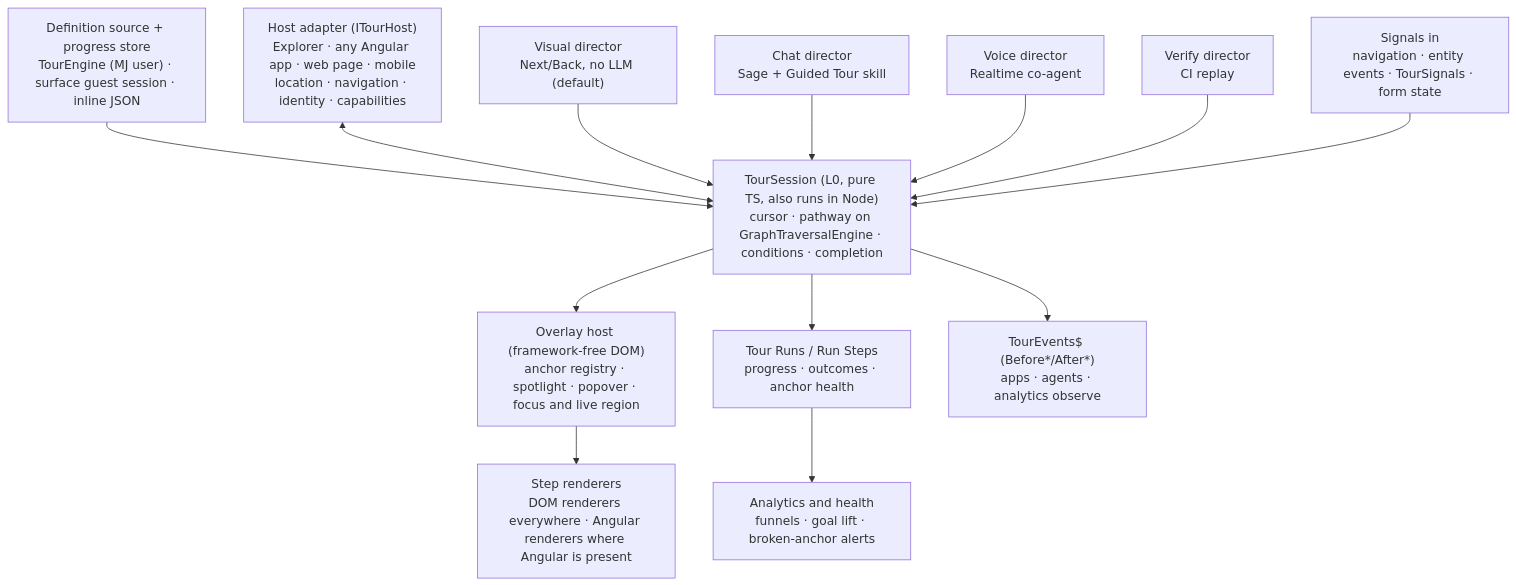
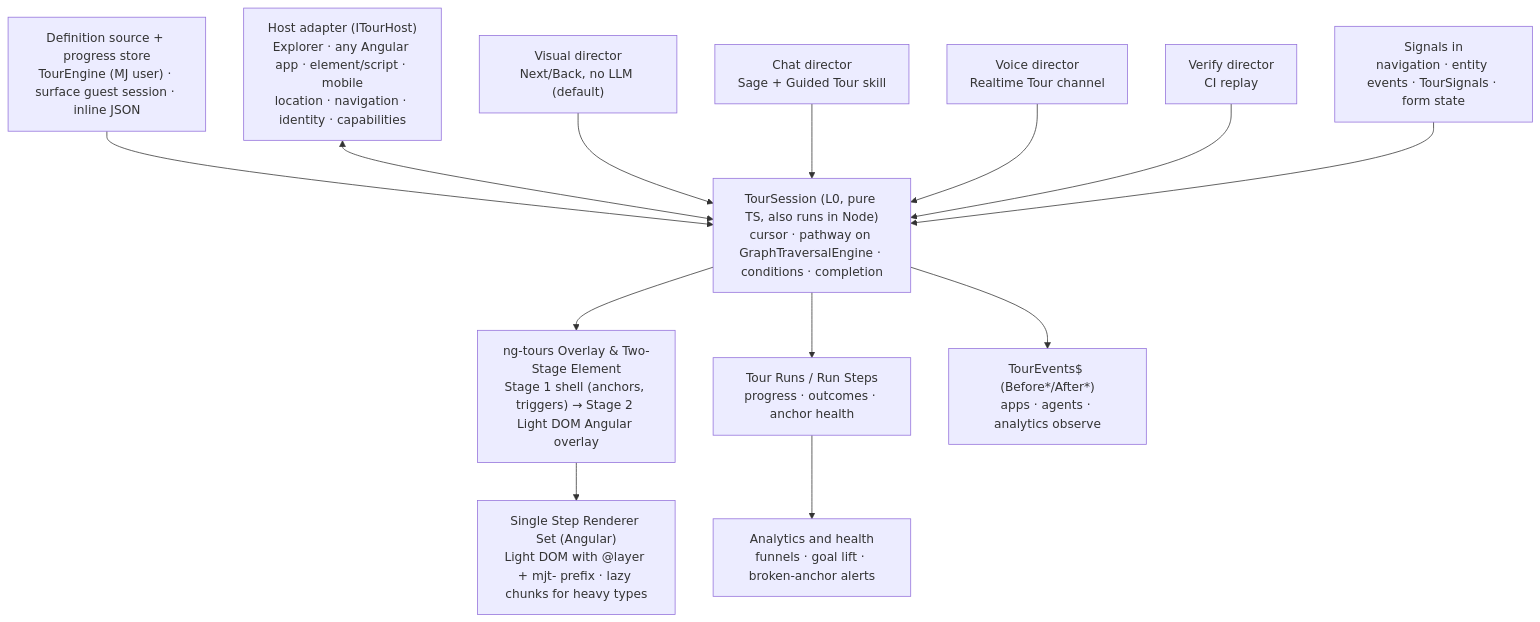
One commit to MemberJunction/MJ changed the first of 4 diagrams in plans/guided-tours.md. Above: the diagram before and after it, drawn with Mermaid. The commit also changed other lines of this file, not shown here.

Commit message:
docs(plans): incorporate PR #6349 review feedback on guided tours architecture

````diff
--- a/plans/guided-tours.md
+++ b/plans/guided-tours.md
@@ -145,16 +146,16 @@
 ```mermaid
 flowchart TD
     SRC["Definition source + progress store<br/>TourEngine (MJ user) · surface guest session · inline JSON"] --> SES
-    HOST["Host adapter (ITourHost)<br/>Explorer · any Angular app · web page · mobile<br/>location · navigation · identity · capabilities"] <--> SES
+    HOST["Host adapter (ITourHost)<br/>Explorer · any Angular app · element/script · mobile<br/>location · navigation · identity · capabilities"] <--> SES
     VD["Visual director<br/>Next/Back, no LLM (default)"] --> SES
     CD["Chat director<br/>Sage + Guided Tour skill"] --> SES
-    VO["Voice director<br/>Realtime co-agent"] --> SES
+    VO["Voice director<br/>Realtime Tour channel"] --> SES
     XD["Verify director<br/>CI replay"] --> SES
     SES["TourSession (L0, pure TS, also runs in Node)<br/>cursor · pathway on GraphTraversalEngine · conditions · completion"]
     SIG["Signals in<br/>navigation · entity events · TourSignals · form state"] --> SES
-    SES --> DOM["Overlay host (framework-free DOM)<br/>anchor registry · spotlight · popover · focus and live region"]
-    DOM --> REN["Step renderers<br/>DOM renderers everywhere · Angular renderers where Angular is present"]
+    SES --> DOM["ng-tours Overlay & Two-Stage Element<br/>Stage 1 shell (anchors, triggers) → Stage 2 Light DOM Angular overlay"]
+    DOM --> REN["Single Step Renderer Set (Angular)<br/>Light DOM with @layer + mjt- prefix · lazy chunks for heavy types"]
     SES --> RUN["Tour Runs / Run Steps<br/>progress · outcomes · anchor health"]
     SES --> EVT["TourEvents$ (Before*/After*)<br/>apps · agents · analytics observe"]
     RUN --> ANA["Analytics and health<br/>funnels · goal lift · broken-anchor alerts"]
 ```
````
